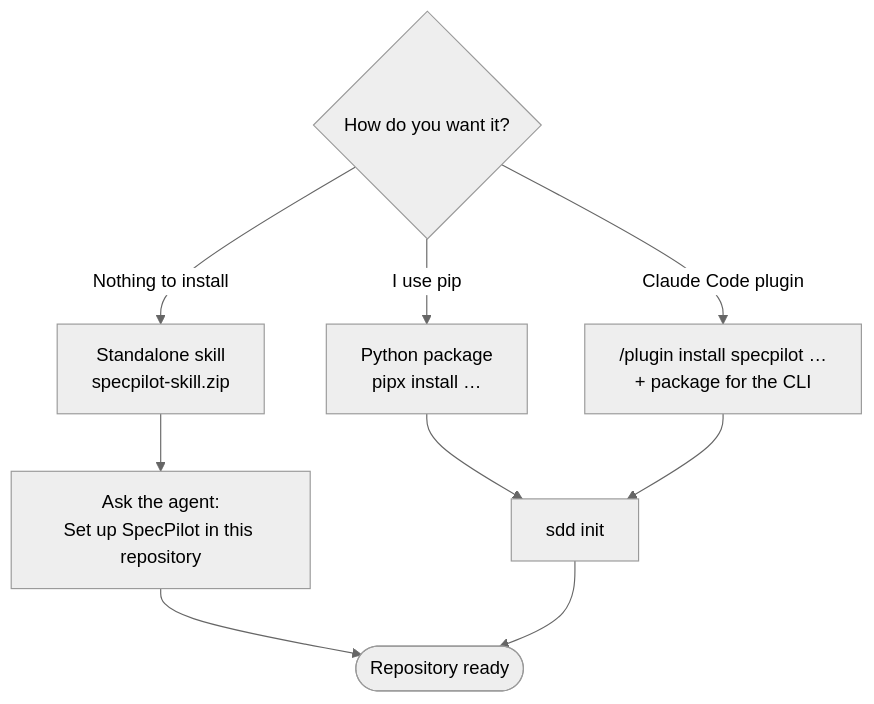
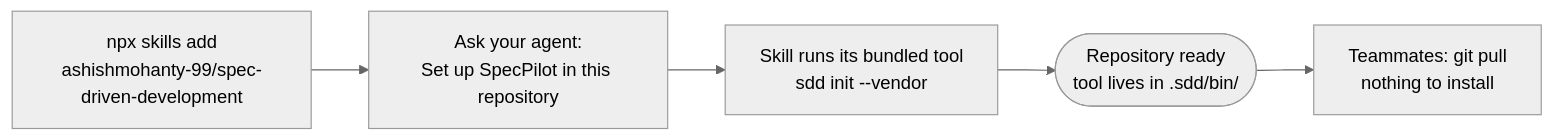
The first of 2 diagrams in wiki/Getting-Started.md (ashishmohanty-99/spec-driven-development), drawn with Mermaid (neutral theme) before and after one commit. The commit also changed other lines of this file and 72 other files, not shown here.

First line of the commit message:
Make the repository directly installable as a skill (1.2.0)

````diff
--- a/wiki/Getting-Started.md
+++ b/wiki/Getting-Started.md
@@ -7,11 +13,7 @@
 ```mermaid
-flowchart TD
-    Q{How do you want it?} -->|Nothing to install| A["Standalone skill<br/>specpilot-skill.zip"]
-    Q -->|I use pip| B["Python package<br/>pipx install …"]
-    Q -->|Claude Code plugin| C["/plugin install specpilot …<br/>+ package for the CLI"]
-    A --> I["Ask the agent:<br/>Set up SpecPilot in this repository"]
-    B --> J[sdd init]
-    C --> J
-    I --> R([Repository ready])
-    J --> R
+flowchart LR
+    A["npx skills add<br/>ashishmohanty-99/spec-driven-development"] --> B["Ask your agent:<br/>Set up SpecPilot in this repository"]
+    B --> C["Skill runs its bundled tool<br/>sdd init --vendor"]
+    C --> D([Repository ready<br/>tool lives in .sdd/bin/])
+    D --> E["Teammates: git pull<br/>nothing to install"]
 ```
````
